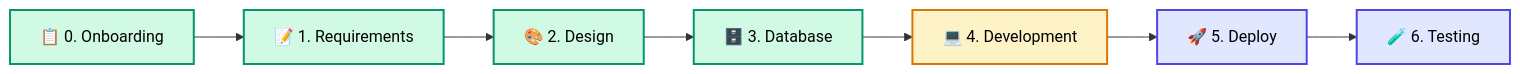
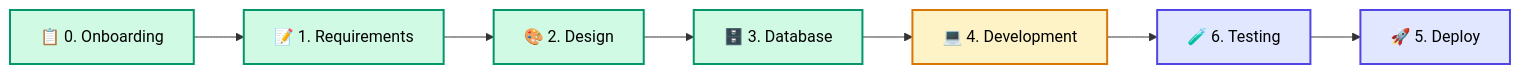
The diagram in README.md (Siam-GS-Battery/SOP-SDLC-PLAN), drawn with Mermaid before and after one commit. The commit also changed other lines of this file and 15 other files, not shown here.

````diff
--- a/README.md
+++ b/README.md
@@ -89,17 +89,17 @@
 ```mermaid
 graph LR
     A["📋 0. Onboarding"] --> B["📝 1. Requirements"]
     B --> C["🎨 2. Design"]
     C --> D["🗄️ 3. Database"]
     D --> E["💻 4. Development"]
-    E --> F["🚀 5. Deploy"]
-    F --> G["🧪 6. Testing"]
+    E --> G["🧪 6. Testing"]
+    G --> F["🚀 5. Deploy"]
 
     style A fill:#d1fae5,stroke:#059669,stroke-width:2px,color:#000
     style B fill:#d1fae5,stroke:#059669,stroke-width:2px,color:#000
     style C fill:#d1fae5,stroke:#059669,stroke-width:2px,color:#000
     style D fill:#d1fae5,stroke:#059669,stroke-width:2px,color:#000
     style E fill:#fef3c7,stroke:#d97706,stroke-width:2px,color:#000
     style F fill:#e0e7ff,stroke:#4f46e5,stroke-width:2px,color:#000
     style G fill:#e0e7ff,stroke:#4f46e5,stroke-width:2px,color:#000
 ```
````
